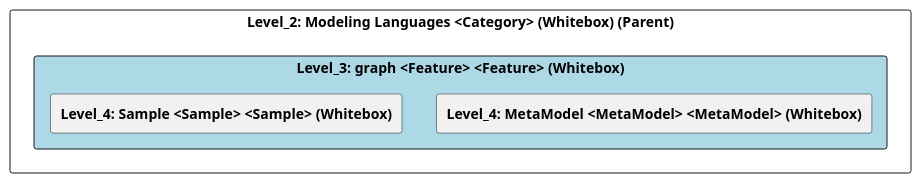
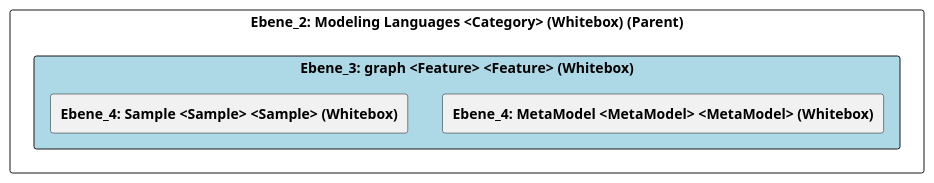
One commit to marcozwyssig/cleon changed the diagram in doc/cleonproject_deliverables_architecture_model_architecture/adoc/de/05_bausteinsicht/cleon/modeling_languages/graph/ebene_3_graph.adoc. Above: the diagram before and after it, drawn with PlantUML. The commit also changed other lines of this file and 258 other files, not shown here.

```diff
--- a/doc/cleonproject_deliverables_architecture_model_architecture/adoc/de/05_bausteinsicht/cleon/modeling_languages/graph/ebene_3_graph.adoc
+++ b/doc/cleonproject_deliverables_architecture_model_architecture/adoc/de/05_bausteinsicht/cleon/modeling_languages/graph/ebene_3_graph.adoc
@@ -24,25 +24,25 @@
-[plantuml, Level_3: graph <Feature> <Feature> (Whitebox)BlockOverview, format="svg"]
+[plantuml, Ebene_3: graph <Feature> <Feature> (Whitebox)BlockOverview, format="svg"]
 ----
-@startuml Level_3: graph <Feature> <Feature> (Whitebox)BuildingBlockOverview
+@startuml Ebene_3: graph <Feature> <Feature> (Whitebox)BuildingBlockOverview
 
 skinparam ranksep 10
 skinparam componentStyle rectangle
 skinparam shadowing false
 skinparam arrowColor lightblue
 skinparam arrowThickness 1.2
 skinparam rectangle {
   BackgroundColor White
   BorderColor #333
   RoundCorner 10
 }
 top to bottom direction
 
-component "Level_2: Modeling Languages <Category> (Whitebox) (Parent)" {
-    component "Level_3: graph <Feature> <Feature> (Whitebox)" #lightblue {
-        [**Level_4: MetaModel <MetaModel> <MetaModel> (Whitebox)**] as 4A570567_D579_11EE_903E_9F564E4DE07E
-        [**Level_4: Sample <Sample> <Sample> (Whitebox)**] as 4A56DE50_D579_11EE_903E_9F564E4DE07E
+component "Ebene_2: Modeling Languages <Category> (Whitebox) (Parent)" {
+    component "Ebene_3: graph <Feature> <Feature> (Whitebox)" #lightblue {
+        [**Ebene_4: MetaModel <MetaModel> <MetaModel> (Whitebox)**] as 4A570567_D579_11EE_903E_9F564E4DE07E
+        [**Ebene_4: Sample <Sample> <Sample> (Whitebox)**] as 4A56DE50_D579_11EE_903E_9F564E4DE07E
     }
 }
 
 @enduml
 ----
```
